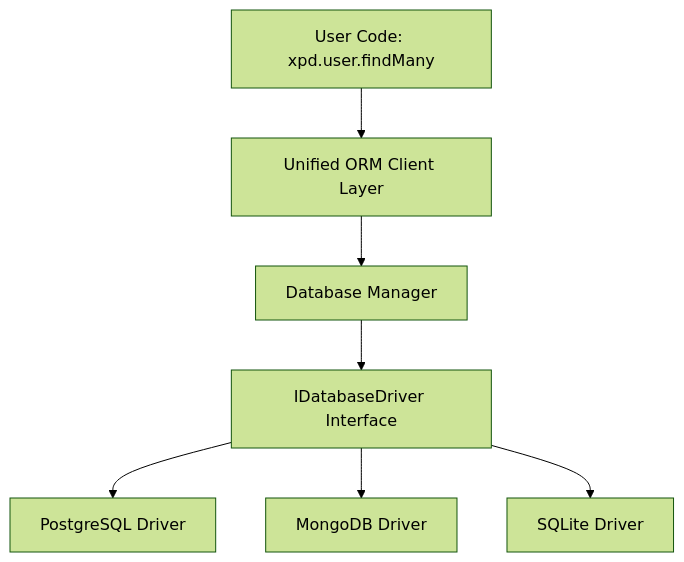
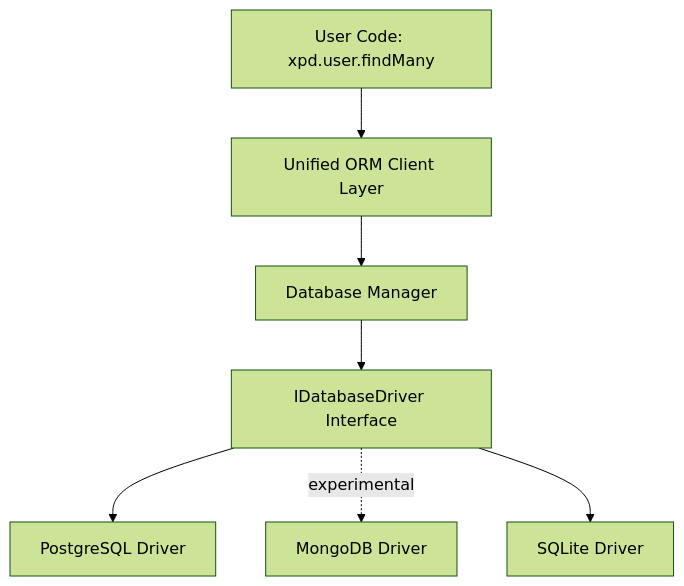
One commit to aaryan359/xpresspp changed the first of 2 diagrams in docs/public/DB_architecture.md. Above: the diagram before and after it, drawn with Mermaid (forest theme). The commit also changed other lines of this file and 18 other files, not shown here.

````diff
--- a/docs/public/DB_architecture.md
+++ b/docs/public/DB_architecture.md
@@ -11,9 +15,9 @@
 ```mermaid
 graph TD
     UserApp[User Code: xpd.user.findMany] --> ORM[Unified ORM Client Layer]
     ORM --> DBManager[Database Manager]
     DBManager --> IDriver[IDatabaseDriver Interface]
     IDriver --> PostgreSqlDriver[PostgreSQL Driver]
-    IDriver --> MongoDbDriver[MongoDB Driver]
+    IDriver -. experimental .-> MongoDbDriver[MongoDB Driver]
     IDriver --> SqliteDriver[SQLite Driver]
 ```
````
